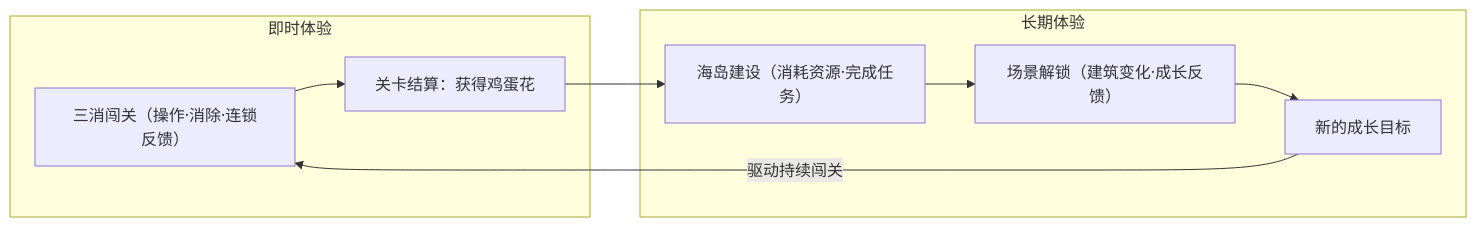
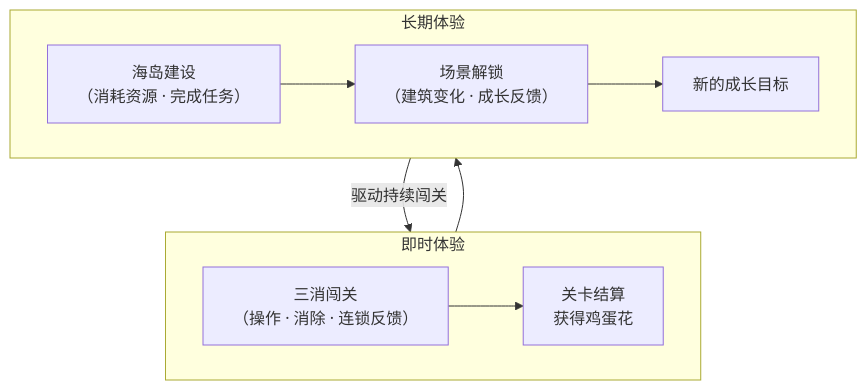
The first of 9 diagrams in _pages/games/假日乐消消.md (sp201610/sp201610.github.io), drawn with Mermaid before and after one commit. The commit also changed other lines of this file, not shown here.

Commit message:
Improve layout proportions of 图 1-7 and 图 2-11 Mermaid diagrams

````diff
--- a/_pages/games/假日乐消消.md
+++ b/_pages/games/假日乐消消.md
@@ -121,12 +121,13 @@
 ```mermaid
-flowchart LR
+flowchart TB
     subgraph S1["即时体验"]
-        A["三消闯关（操作·消除·连锁反馈）"] --> B["关卡结算：获得鸡蛋花"]
+        direction LR
+        A["三消闯关<br/>（操作 · 消除 · 连锁反馈）"] --> B["关卡结算<br/>获得鸡蛋花"]
     end
     subgraph S2["长期体验"]
-        C["海岛建设（消耗资源·完成任务）"] --> D["场景解锁（建筑变化·成长反馈）"]
-        D --> E["新的成长目标"]
+        direction LR
+        C["海岛建设<br/>（消耗资源 · 完成任务）"] --> D["场景解锁<br/>（建筑变化 · 成长反馈）"] --> E["新的成长目标"]
     end
     B --> C
     E -->|驱动持续闯关| A
 ```
````
